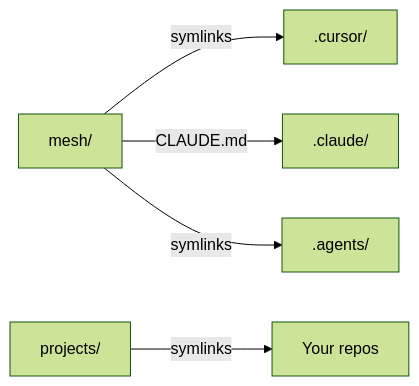
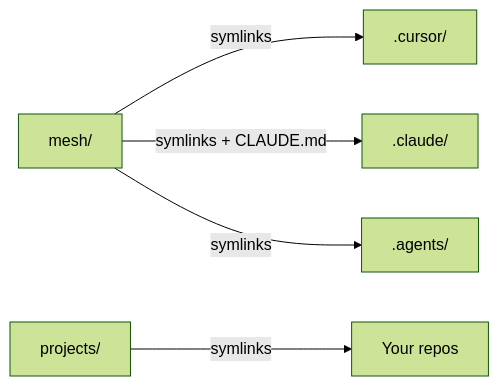
One commit to samartined/mAIcelium changed the diagram in README.md. Above: the diagram before and after it, drawn with Mermaid (forest theme). The commit also changed other lines of this file and 5 other files, not shown here.

````diff
--- a/README.md
+++ b/README.md
@@ -22,7 +22,7 @@
 ```mermaid
 graph LR
     Mesh["mesh/"] -->|symlinks| Cursor[".cursor/"]
-    Mesh -->|"CLAUDE.md"| Claude[".claude/"]
+    Mesh -->|"symlinks + CLAUDE.md"| Claude[".claude/"]
     Mesh -->|symlinks| Agents[".agents/"]
     Projects["projects/"] -->|symlinks| Repos["Your repos"]
 ```
````
